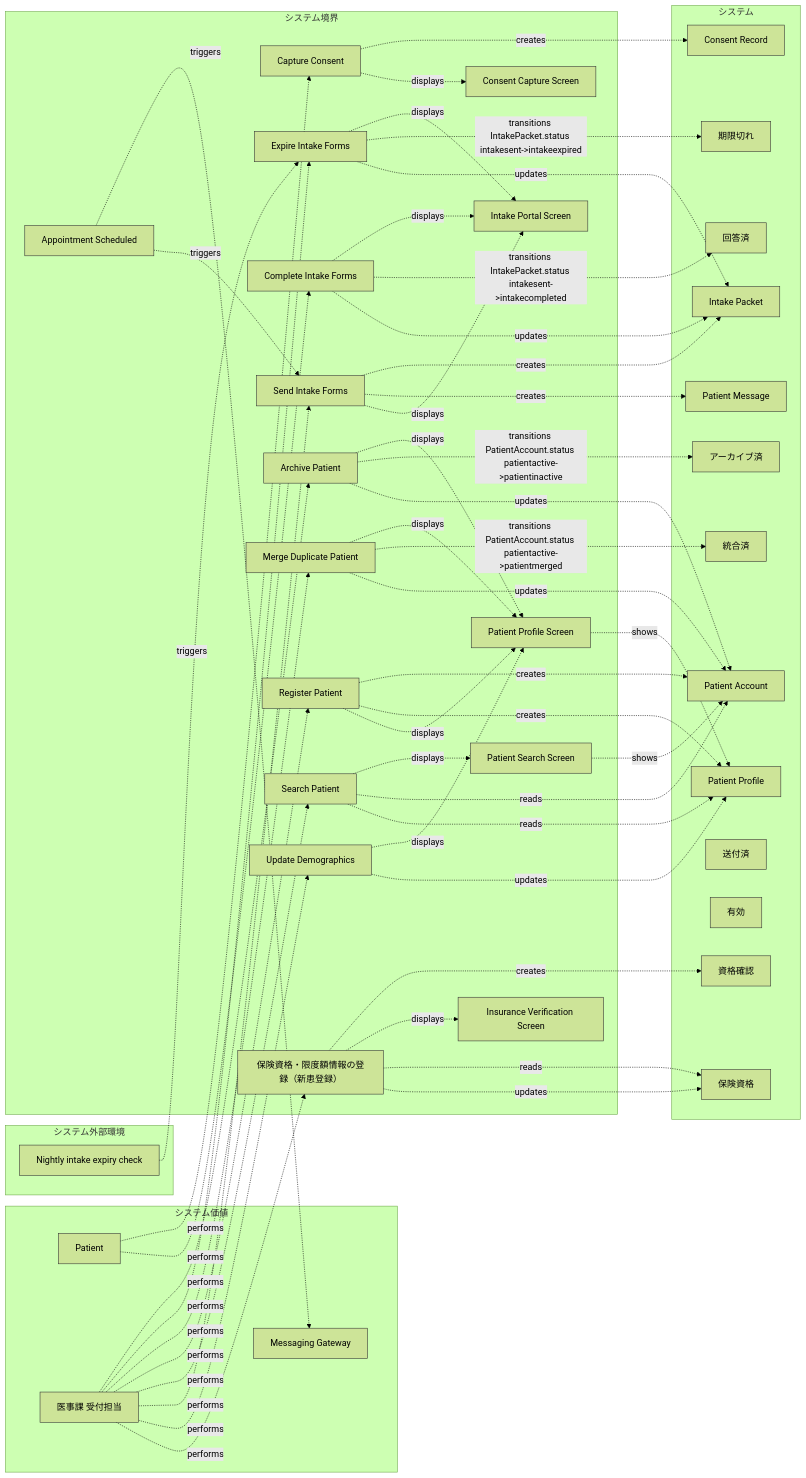
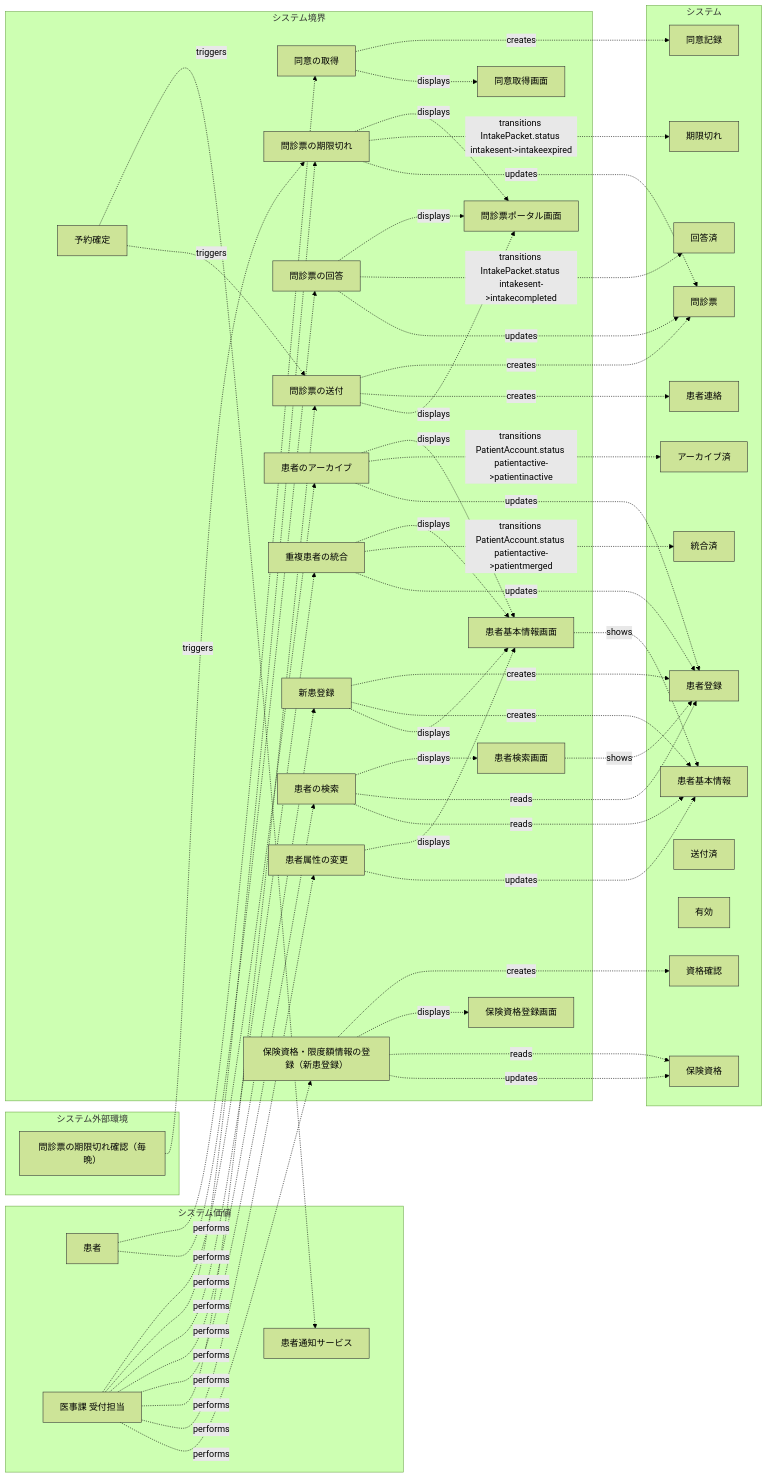
The fifth of 27 diagrams in samples/clinic-ops/design-sample.md (manji-0/rdra-ish-dsl), drawn with Mermaid (forest theme) before and after one commit. The commit also changed other lines of this file and 41 other files, not shown here.

```diff
--- a/samples/clinic-ops/design-sample.md
+++ b/samples/clinic-ops/design-sample.md
@@ -552,41 +552,41 @@
 %% omitted: buc step medium permission api
 flowchart LR
   subgraph layer_value["システム価値"]
-    actor__Patient["Patient"]:::actor
-    %% desc actor__Patient: A person receiving care through the clinic.
+    actor__Patient["患者"]:::actor
+    %% desc actor__Patient: 病院で診療を受ける人。
     actor__ReceptionClerk["医事課 受付担当"]:::actor
     %% desc actor__ReceptionClerk: 初診・再診の受付、資格確認、紹介状の受付、予約を行う事務職員。
-    extsystem__MessagingGateway["Messaging Gateway"]:::extsystem
+    extsystem__MessagingGateway["患者通知サービス"]:::extsystem
   end
   subgraph layer_environment["システム外部環境"]
-    timer__IntakeExpiryCheck["Nightly intake expiry check"]:::timer
+    timer__IntakeExpiryCheck["問診票の期限切れ確認（毎晩）"]:::timer
   end
   subgraph layer_boundary["システム境界"]
-    usecase__ArchivePatient["Archive Patient"]:::usecase
-    usecase__CaptureConsent["Capture Consent"]:::usecase
-    usecase__CompleteIntakeForms["Complete Intake Forms"]:::usecase
-    usecase__ExpireIntakeForms["Expire Intake Forms"]:::usecase
-    usecase__MergeDuplicatePatient["Merge Duplicate Patient"]:::usecase
-    usecase__RegisterPatient["Register Patient"]:::usecase
-    usecase__SearchPatient["Search Patient"]:::usecase
-    usecase__SendIntakeForms["Send Intake Forms"]:::usecase
-    usecase__UpdateDemographics["Update Demographics"]:::usecase
+    usecase__ArchivePatient["患者のアーカイブ"]:::usecase
+    usecase__CaptureConsent["同意の取得"]:::usecase
+    usecase__CompleteIntakeForms["問診票の回答"]:::usecase
+    usecase__ExpireIntakeForms["問診票の期限切れ"]:::usecase
+    usecase__MergeDuplicatePatient["重複患者の統合"]:::usecase
+    usecase__RegisterPatient["新患登録"]:::usecase
+    usecase__SearchPatient["患者の検索"]:::usecase
+    usecase__SendIntakeForms["問診票の送付"]:::usecase
+    usecase__UpdateDemographics["患者属性の変更"]:::usecase
     usecase__VerifyInsurance["保険資格・限度額情報の登録（新患登録）"]:::usecase
-    screen__ConsentScreen["Consent Capture Screen"]:::screen
-    screen__InsuranceScreen["Insurance Verification Screen"]:::screen
-    screen__IntakePortalScreen["Intake Portal Screen"]:::screen
-    screen__PatientProfileScreen["Patient Profile Screen"]:::screen
-    screen__PatientSearchScreen["Patient Search Screen"]:::screen
-    event__EvAppointmentScheduled["Appointment Scheduled"]:::event
+    screen__ConsentScreen["同意取得画面"]:::screen
+    screen__InsuranceScreen["保険資格登録画面"]:::screen
+    screen__IntakePortalScreen["問診票ポータル画面"]:::screen
+    screen__PatientProfileScreen["患者基本情報画面"]:::screen
+    screen__PatientSearchScreen["患者検索画面"]:::screen
+    event__EvAppointmentScheduled["予約確定"]:::event
   end
   subgraph layer_system["システム"]
-    entity__ConsentRecord["Consent Record"]:::entity
+    entity__ConsentRecord["同意記録"]:::entity
     entity__EligibilityCheck["資格確認"]:::entity
     entity__InsurancePolicy["保険資格"]:::entity
-    entity__IntakePacket["Intake Packet"]:::entity
-    entity__PatientAccount["Patient Account"]:::entity
-    entity__PatientMessage["Patient Message"]:::entity
-    entity__PatientProfile["Patient Profile"]:::entity
+    entity__IntakePacket["問診票"]:::entity
+    entity__PatientAccount["患者登録"]:::entity
+    entity__PatientMessage["患者連絡"]:::entity
+    entity__PatientProfile["患者基本情報"]:::entity
     state__IntakePacket_intakecompleted["回答済"]:::state
     state__IntakePacket_intakeexpired["期限切れ"]:::state
     state__IntakePacket_intakesent["送付済"]:::state
```
